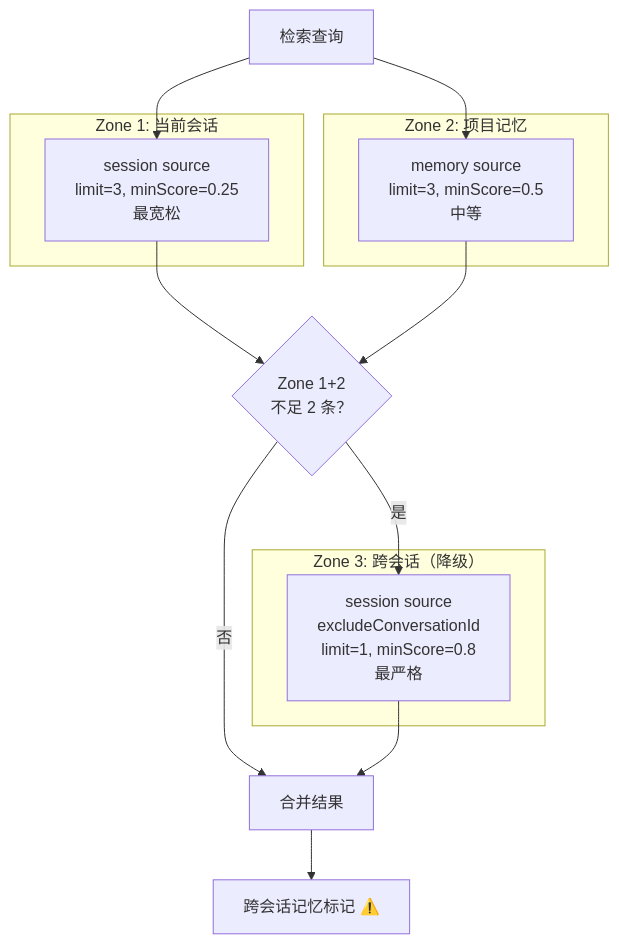
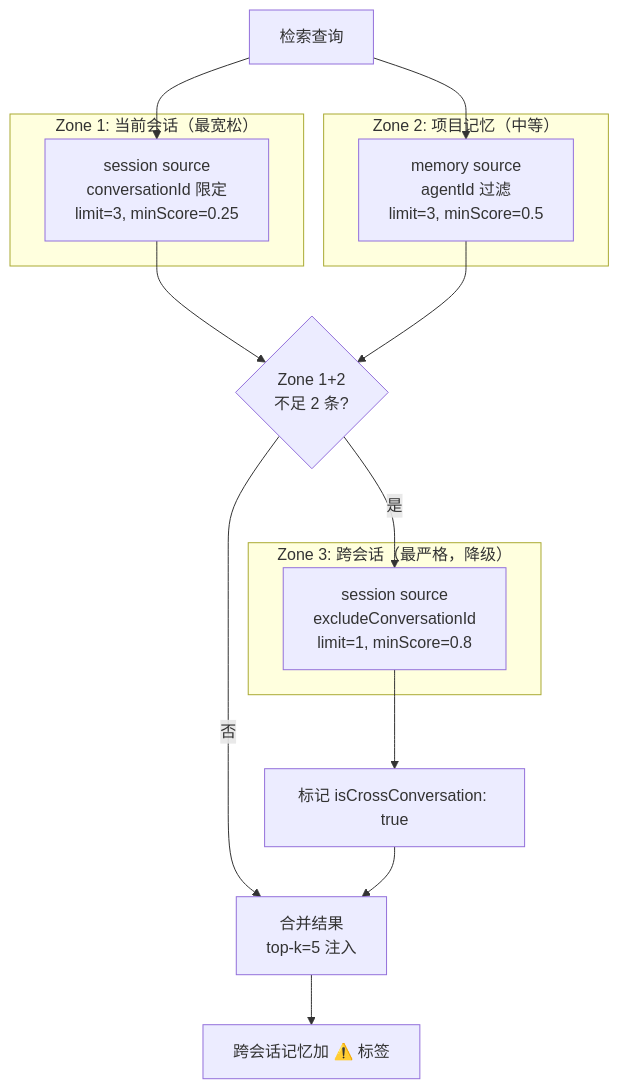
One commit to GGwujun/deep-dive-winmatrix changed the first of 3 diagrams in src/part4-agent/ch12-memory.md. Above: the diagram before and after it, drawn with Mermaid. The commit also changed other lines of this file and 35 other files, not shown here.

````diff
--- a/src/part4-agent/ch12-memory.md
+++ b/src/part4-agent/ch12-memory.md
@@ -53,27 +199,28 @@
 ```mermaid
 graph TB
     QUERY["检索查询"]
 
-    subgraph "Zone 1: 当前会话"
-        Z1["session source<br/>limit=3, minScore=0.25<br/>最宽松"]
+    subgraph "Zone 1: 当前会话（最宽松）"
+        Z1["session source<br/>conversationId 限定<br/>limit=3, minScore=0.25"]
     end
 
-    subgraph "Zone 2: 项目记忆"
-        Z2["memory source<br/>limit=3, minScore=0.5<br/>中等"]
+    subgraph "Zone 2: 项目记忆（中等）"
+        Z2["memory source<br/>agentId 过滤<br/>limit=3, minScore=0.5"]
     end
 
-    subgraph "Zone 3: 跨会话（降级）"
-        Z3["session source<br/>excludeConversationId<br/>limit=1, minScore=0.8<br/>最严格"]
+    subgraph "Zone 3: 跨会话（最严格，降级）"
+        Z3["session source<br/>excludeConversationId<br/>limit=1, minScore=0.8"]
     end
 
-    CHECK{"Zone 1+2<br/>不足 2 条？"}
+    CHECK{"Zone 1+2<br/>不足 2 条?"}
 
     QUERY --> Z1
     QUERY --> Z2
     Z1 --> CHECK
     Z2 --> CHECK
     CHECK -->|"是"| Z3
-    CHECK -->|"否"| RESULT["合并结果"]
-    Z3 --> RESULT
-    RESULT --> WARN["跨会话记忆标记 ⚠️"]
+    CHECK -->|"否"| RESULT["合并结果<br/>top-k=5 注入"]
+    Z3 --> MARK["标记 isCrossConversation: true"]
+    MARK --> RESULT
+    RESULT --> WARN["跨会话记忆加 ⚠️ 标签"]
 ```
````
